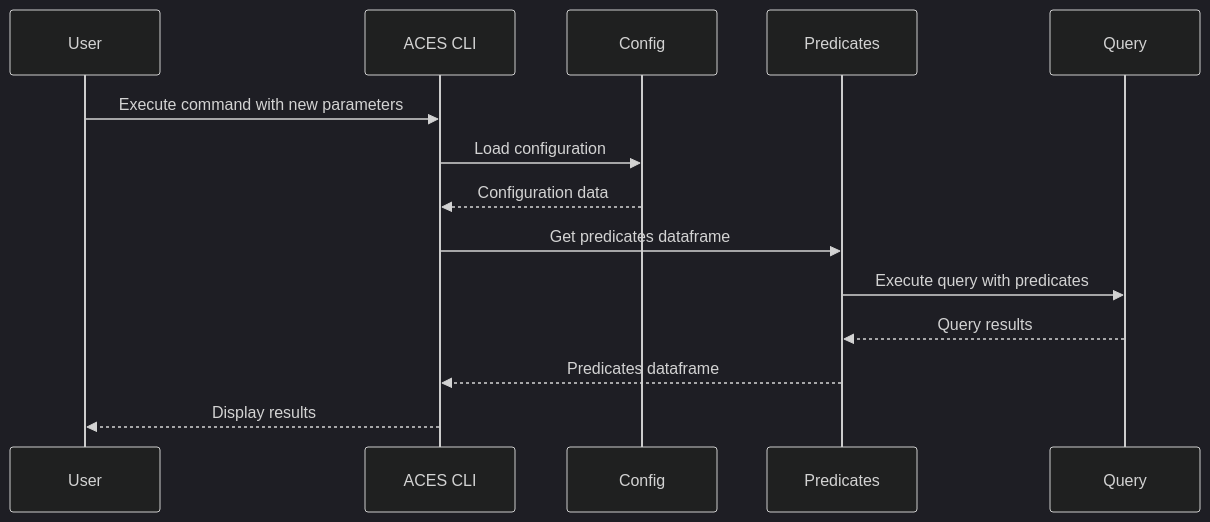
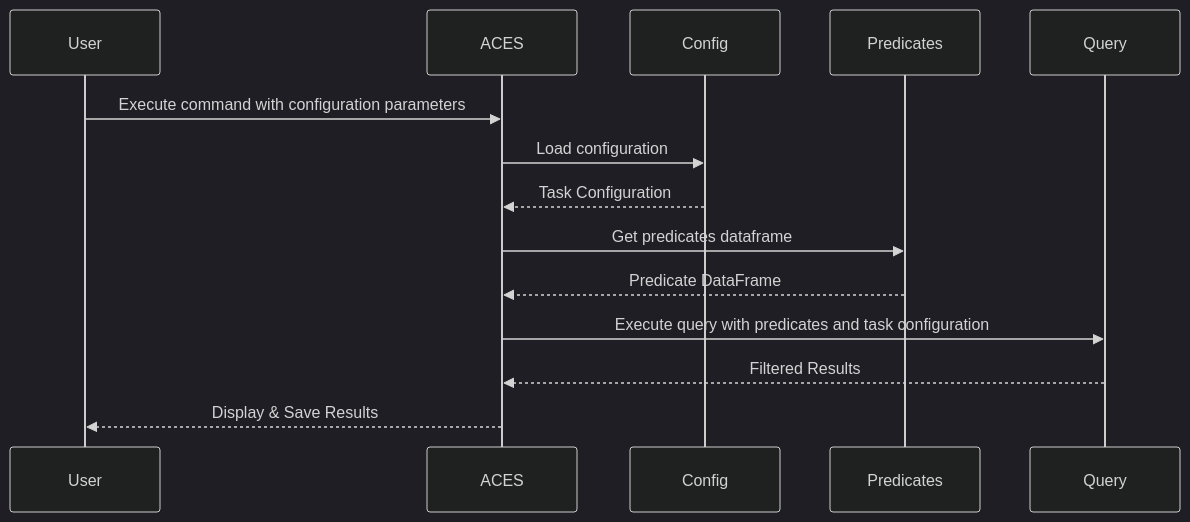
Before and after one commit to justin13601/ACES: the diagram in README.md, drawn with Mermaid (dark theme). The commit also changed other lines of this file and 1 other file, not shown here.

Commit message:
Attempt to install esgpt v2

````diff
--- a/README.md
+++ b/README.md
@@ -59,17 +59,17 @@
 ```mermaid
 sequenceDiagram
     participant User
-    participant ACES CLI
+    participant ACES
     participant Config
     participant Predicates
     participant Query
 
-    User->>ACES CLI: Execute command with new parameters
-    ACES CLI->>Config: Load configuration
-    Config-->>ACES CLI: Configuration data
-    ACES CLI->>Predicates: Get predicates dataframe
-    Predicates->>Query: Execute query with predicates
-    Query-->>Predicates: Query results
-    Predicates-->>ACES CLI: Predicates dataframe
-    ACES CLI-->>User: Display results
+    User->>ACES: Execute command with configuration parameters
+    ACES->>Config: Load configuration
+    Config-->>ACES: Task Configuration
+    ACES->>Predicates: Get predicates dataframe
+    Predicates-->>ACES: Predicate DataFrame
+    ACES->>Query: Execute query with predicates and task configuration
+    Query-->>ACES: Filtered Results
+    ACES-->>User: Display & Save Results
 ```
````
